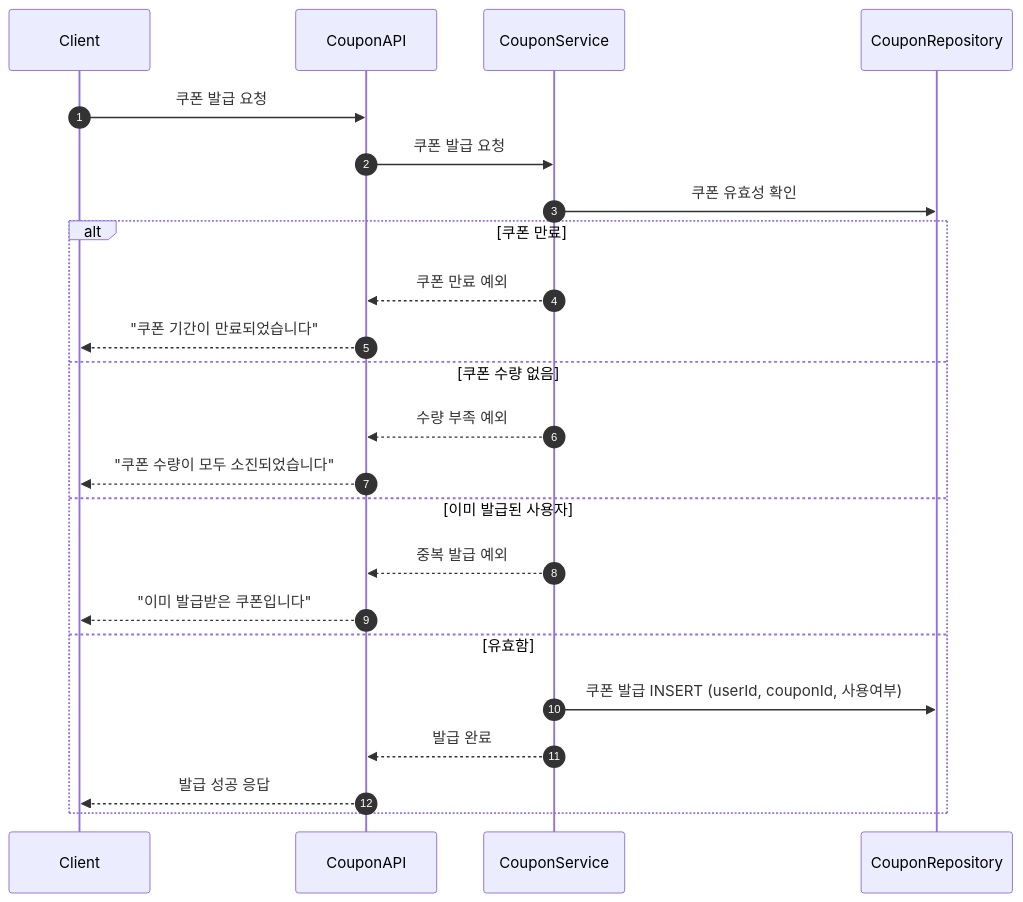
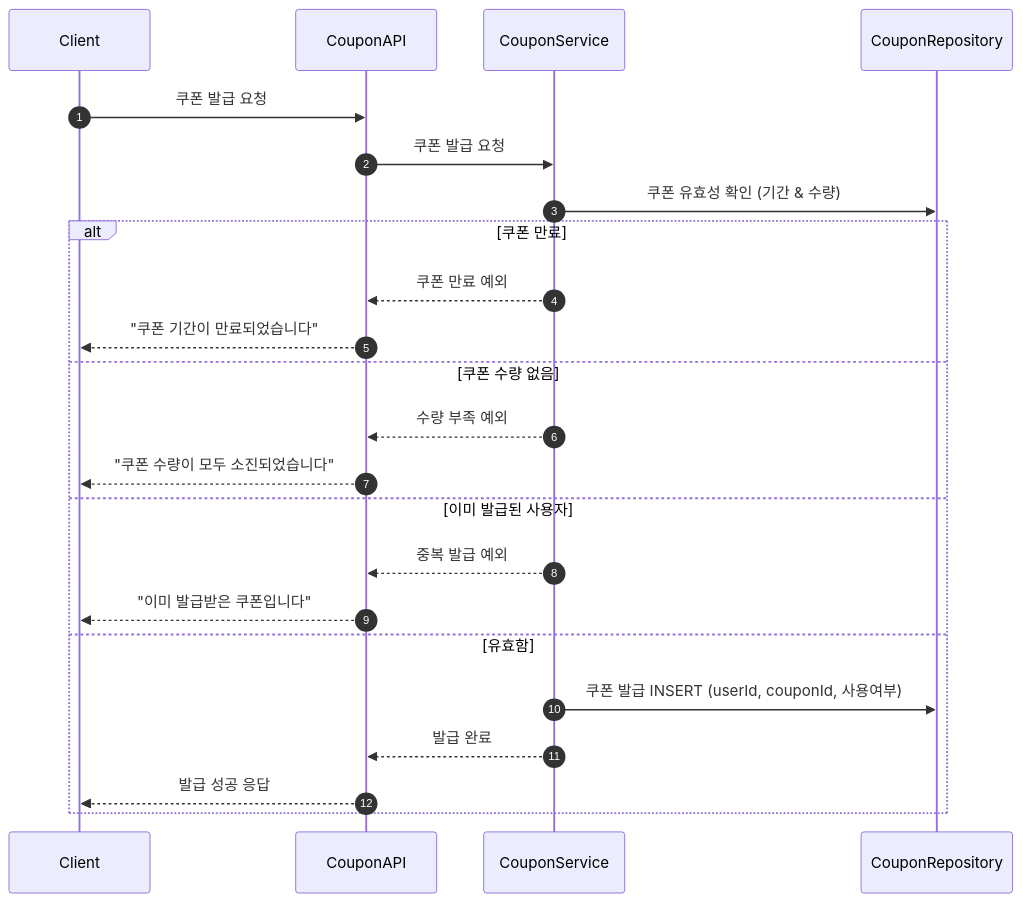
The fourth of 7 diagrams in docs/Sequence.md (ehdgus0221/hhplus-ecommerce), drawn with Mermaid before and after one commit. The commit also changed other lines of this file, not shown here.

Commit message:
[DOCS] : 시퀀스 다이어그램 문서 수정 (트랜잭션 추가)

````diff
--- a/docs/Sequence.md
+++ b/docs/Sequence.md
@@ -56,27 +56,27 @@
 ```mermaid
 sequenceDiagram
     autonumber
     participant Client
     participant CouponAPI
     participant CouponService
     participant CouponRepository
 
     Client->>CouponAPI: 쿠폰 발급 요청
     CouponAPI->>CouponService: 쿠폰 발급 요청
-    CouponService->>CouponRepository: 쿠폰 유효성 확인
+    CouponService->>CouponRepository: 쿠폰 유효성 확인 (기간 & 수량)
 
     alt 쿠폰 만료
         CouponService-->>CouponAPI: 쿠폰 만료 예외
         CouponAPI-->>Client: "쿠폰 기간이 만료되었습니다"
     else 쿠폰 수량 없음
         CouponService-->>CouponAPI: 수량 부족 예외
         CouponAPI-->>Client: "쿠폰 수량이 모두 소진되었습니다"
     else 이미 발급된 사용자
         CouponService-->>CouponAPI: 중복 발급 예외
         CouponAPI-->>Client: "이미 발급받은 쿠폰입니다"
     else 유효함
         CouponService->>CouponRepository: 쿠폰 발급 INSERT (userId, couponId, 사용여부)
         CouponService-->>CouponAPI: 발급 완료
         CouponAPI-->>Client: 발급 성공 응답
     end
 ```
````
